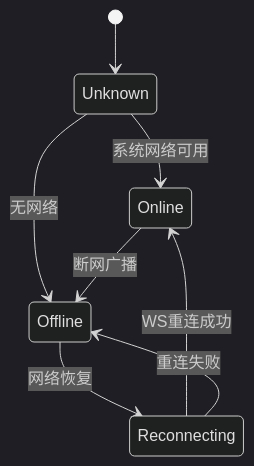
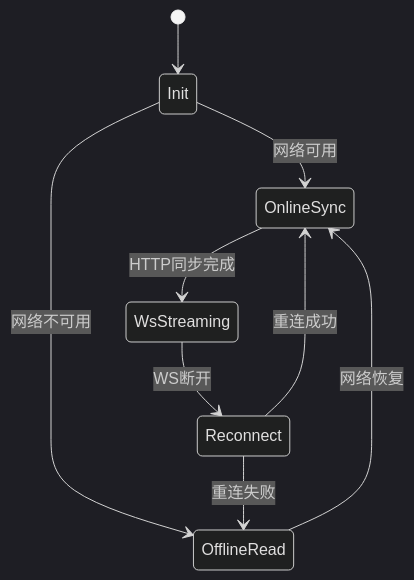
One commit to nangong918/magic-vector changed diagram 31 of 32 in app/android/docs/AndroidDesignDocument.md. Above: the diagram before and after it, drawn with Mermaid (dark theme). The commit also changed other lines of this file and 3 other files, not shown here.

````diff
--- a/app/android/docs/AndroidDesignDocument.md
+++ b/app/android/docs/AndroidDesignDocument.md
@@ -768,10 +868,11 @@
 ```mermaid
 stateDiagram-v2
-    [*] --> Unknown
-    Unknown --> Online : 系统网络可用
-    Unknown --> Offline : 无网络
-    Online --> Offline : 断网广播
-    Offline --> Reconnecting : 网络恢复
-    Reconnecting --> Online : WS重连成功
-    Reconnecting --> Offline : 重连失败
+    [*] --> Init
+    Init --> OnlineSync : 网络可用
+    Init --> OfflineRead : 网络不可用
+    OnlineSync --> WsStreaming : HTTP同步完成
+    WsStreaming --> Reconnect : WS断开
+    Reconnect --> OnlineSync : 重连成功
+    Reconnect --> OfflineRead : 重连失败
+    OfflineRead --> OnlineSync : 网络恢复
 ```
````
